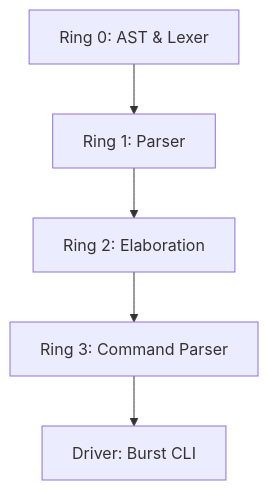
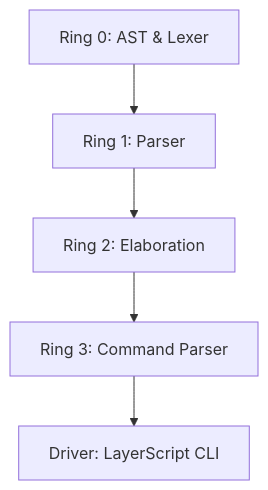
The diagram in README.md (Heaplyn/Burst), drawn with Mermaid before and after one commit. The commit also changed other lines of this file and 60 other files, not shown here.

Commit message:
Rename to LayerScript as well as an additional obsidian repo to explain more

````diff
--- a/README.md
+++ b/README.md
@@ -16,7 +16,7 @@
 ```mermaid
 graph TD
     A[Ring 0: AST & Lexer] --> B[Ring 1: Parser]
     B --> C[Ring 2: Elaboration]
     C --> D[Ring 3: Command Parser]
-    D --> E[Driver: Burst CLI]
+    D --> E[Driver: LayerScript CLI]
 ```
````
